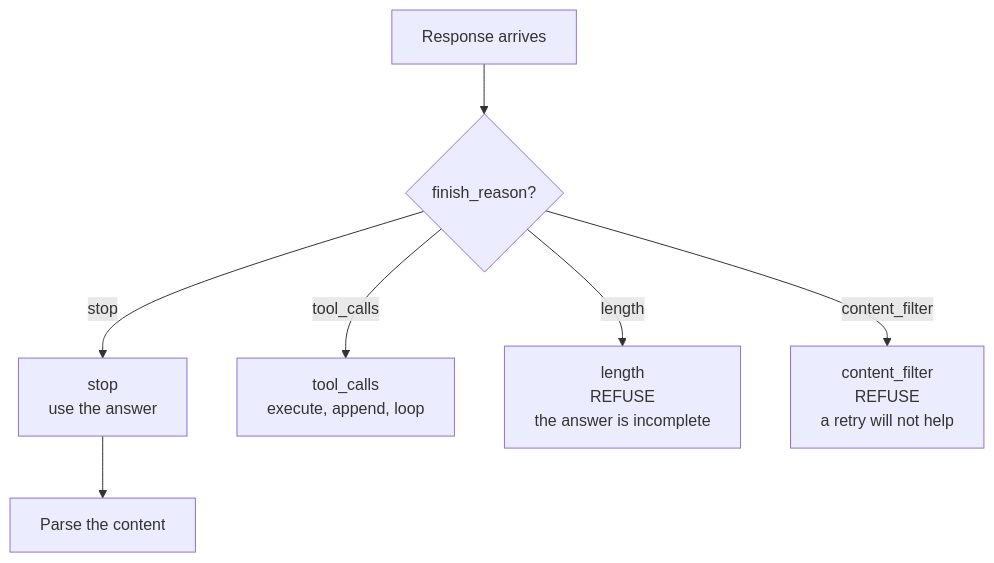
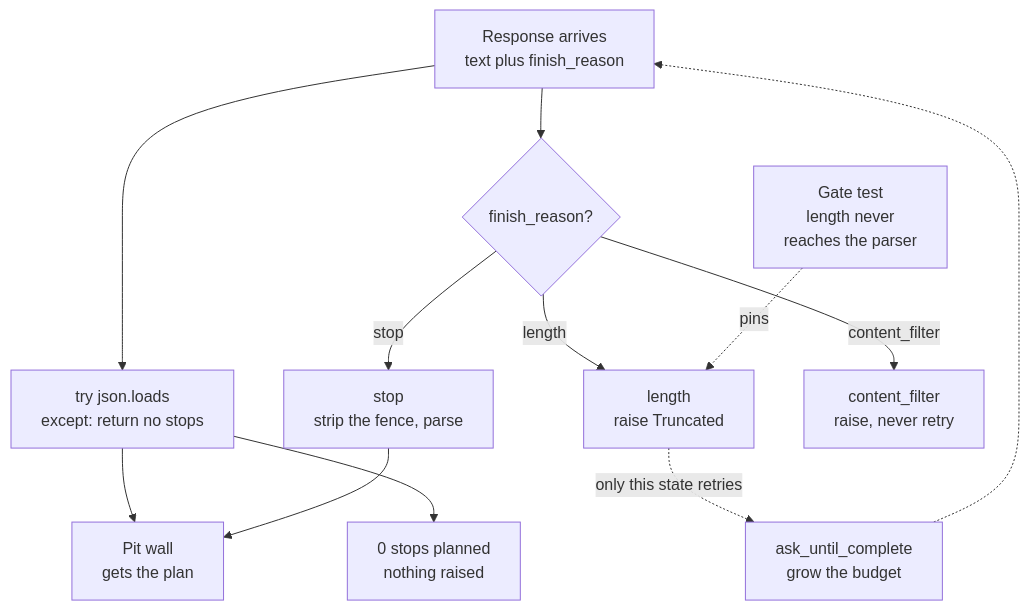
Before and after one commit to learnwithparam/ai-engineering-vaults: the diagram in 01-stateful-agent-runtime/diagrams/finish-reason.mmd, drawn with Mermaid. The commit also changed 79 other files, not shown here.

First line of the commit message:
Derive each fix in step frames, and gate the reading, piloted on vault 1

```diff
--- a/01-stateful-agent-runtime/diagrams/finish-reason.mmd
+++ b/01-stateful-agent-runtime/diagrams/finish-reason.mmd
@@ -1,14 +1,29 @@
 graph TD
-  R["Response arrives"]:::input
+  R["Response arrives<br/>text plus finish_reason"]:::input
+  J["try json.loads<br/>except: return no stops"]:::decision
+  E["0 stops planned<br/>nothing raised"]:::risk
   F{"finish_reason?"}:::decision
-  S["stop<br/>use the answer"]:::output
-  T["tool_calls<br/>execute, append, loop"]:::model
-  L["length<br/>REFUSE<br/>the answer is incomplete"]:::risk
-  C["content_filter<br/>REFUSE<br/>a retry will not help"]:::risk
-  P["Parse the content"]:::store
+  S["stop<br/>strip the fence, parse"]:::output
+  L["length<br/>raise Truncated"]:::risk
+  C["content_filter<br/>raise, never retry"]:::risk
+  A["ask_until_complete<br/>grow the budget"]:::model
+  W["Pit wall<br/>gets the plan"]:::output
+  Q["Gate test<br/>length never<br/>reaches the parser"]:::decision
 
+  R --> J --> W
+  J --> E
   R --> F
-  F -->|stop| S --> P
-  F -->|tool_calls| T
-  F -->|length| L
-  F -->|content_filter| C
+  F -->|"stop"| S --> W
+  F -->|"length"| L
+  F -->|"content_filter"| C
+  L -.->|"only this state retries"| A
+  A -.-> R
+  Q -.->|"pins"| L
+
+%% step 1: R J W
+%% step 2: E
+%% step 3: F
+%% step 4: S L C
+%% retire 4: J E
+%% step 5: A
+%% step 6: Q
```
